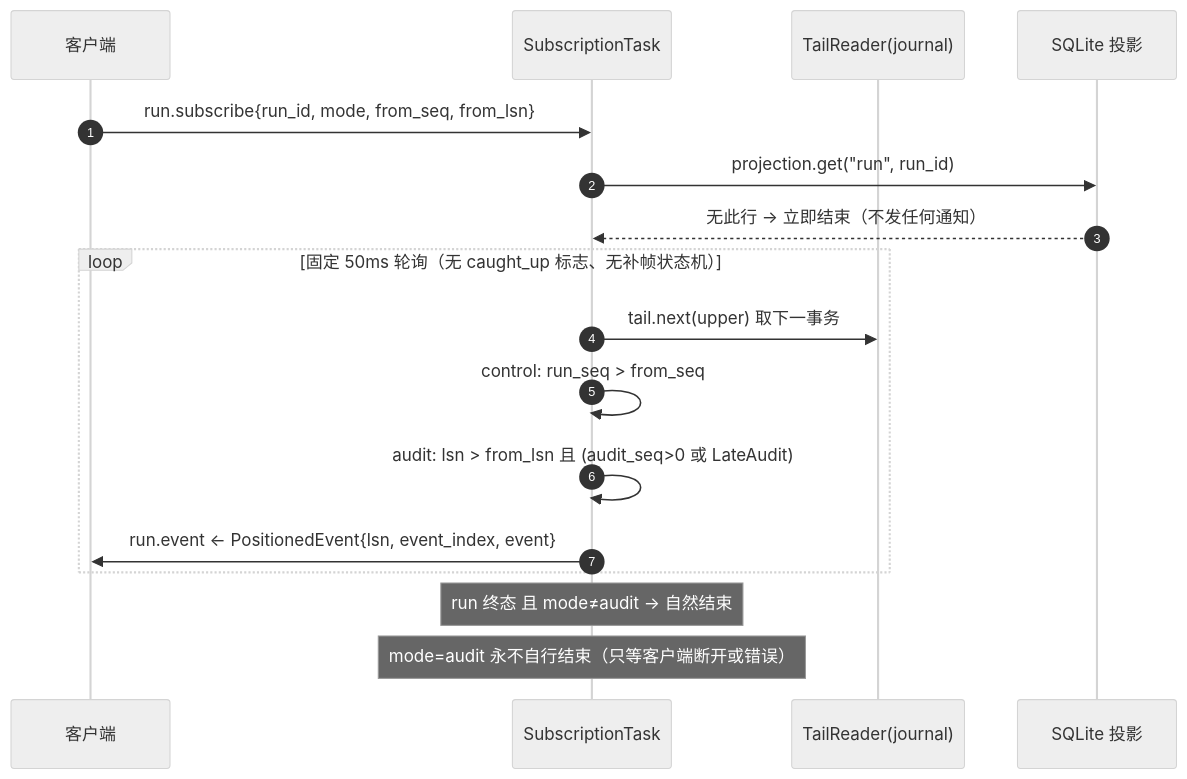
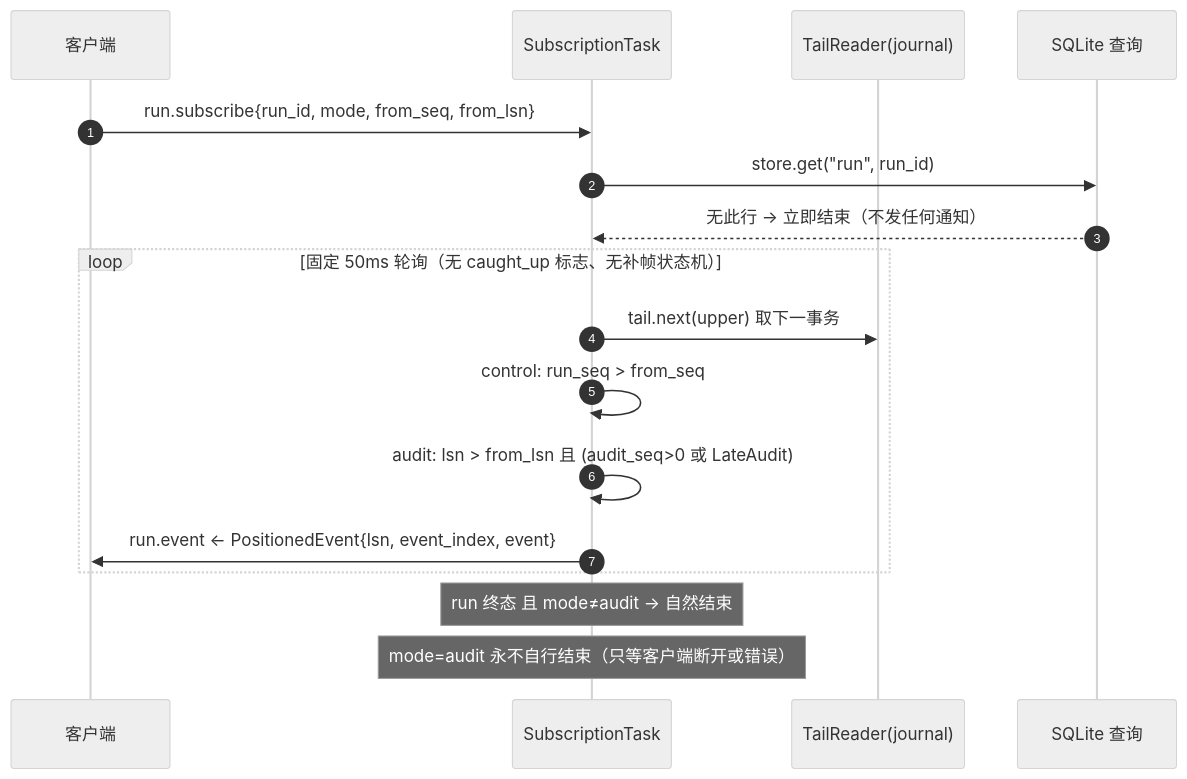
Diagram 20 of 20 in docs/DESIGN.md (yeheng/flow), drawn with Mermaid (neutral theme) before and after one commit. The commit also changed other lines of this file and 59 other files, not shown here.

````diff
--- a/docs/DESIGN.md
+++ b/docs/DESIGN.md
@@ -1319,20 +1258,20 @@
 ```mermaid
 sequenceDiagram
     autonumber
     participant C as 客户端
     participant S as SubscriptionTask
     participant T as TailReader(journal)
-    participant P as SQLite 投影
+    participant P as SQLite 查询
 
     C->>S: run.subscribe{run_id, mode, from_seq, from_lsn}
-    S->>P: projection.get("run", run_id)
+    S->>P: store.get("run", run_id)
     P-->>S: 无此行 → 立即结束（不发任何通知）
     loop 固定 50ms 轮询（无 caught_up 标志、无补帧状态机）
         S->>T: tail.next(upper) 取下一事务
         S->>S: control: run_seq > from_seq
         S->>S: audit: lsn > from_lsn 且 (audit_seq>0 或 LateAudit)
         S->>C: run.event ← PositionedEvent{lsn, event_index, event}
     end
     Note over S: run 终态 且 mode≠audit → 自然结束
     Note over S: mode=audit 永不自行结束（只等客户端断开或错误）
 ```
````
